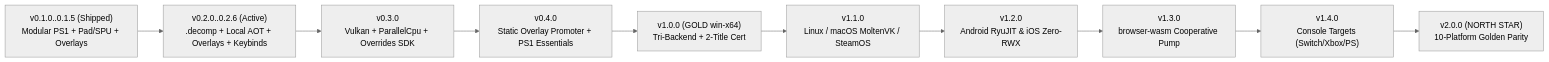
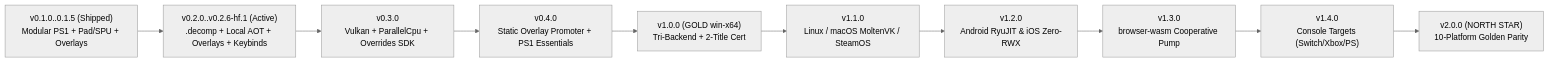
One commit to StreamItAllGit/reSlate changed the diagram in ROADMAP.md. Above: the diagram before and after it, drawn with Mermaid (neutral theme). The commit also changed other lines of this file and 102 other files, not shown here.

````diff
--- a/ROADMAP.md
+++ b/ROADMAP.md
@@ -32,12 +33,12 @@
 ```mermaid
 flowchart LR
-    V01["v0.1.0..0.1.5 (Shipped)\nModular PS1 + Pad/SPU + Overlays"] --> V02["v0.2.0..0.2.6 (Active)\n.decomp + Local AOT + Overlays + Keybinds"]
+    V01["v0.1.0..0.1.5 (Shipped)\nModular PS1 + Pad/SPU + Overlays"] --> V02["v0.2.0..v0.2.6-hf.1 (Active)\n.decomp + Local AOT + Overlays + Keybinds"]
     V02 --> V03["v0.3.0\nVulkan + ParallelCpu + Overrides SDK"]
     V03 --> V04["v0.4.0\nStatic Overlay Promoter + PS1 Essentials"]
     V04 --> V10["v1.0.0 (GOLD win-x64)\nTri-Backend + 2-Title Cert"]
     V10 --> V11["v1.1.0\nLinux / macOS MoltenVK / SteamOS"]
     V11 --> V12["v1.2.0\nAndroid RyuJIT & iOS Zero-RWX"]
     V12 --> V13["v1.3.0\nbrowser-wasm Cooperative Pump"]
     V13 --> V14["v1.4.0\nConsole Targets (Switch/Xbox/PS)"]
     V14 --> V20["v2.0.0 (NORTH STAR)\n10-Platform Golden Parity"]
 ```
````
